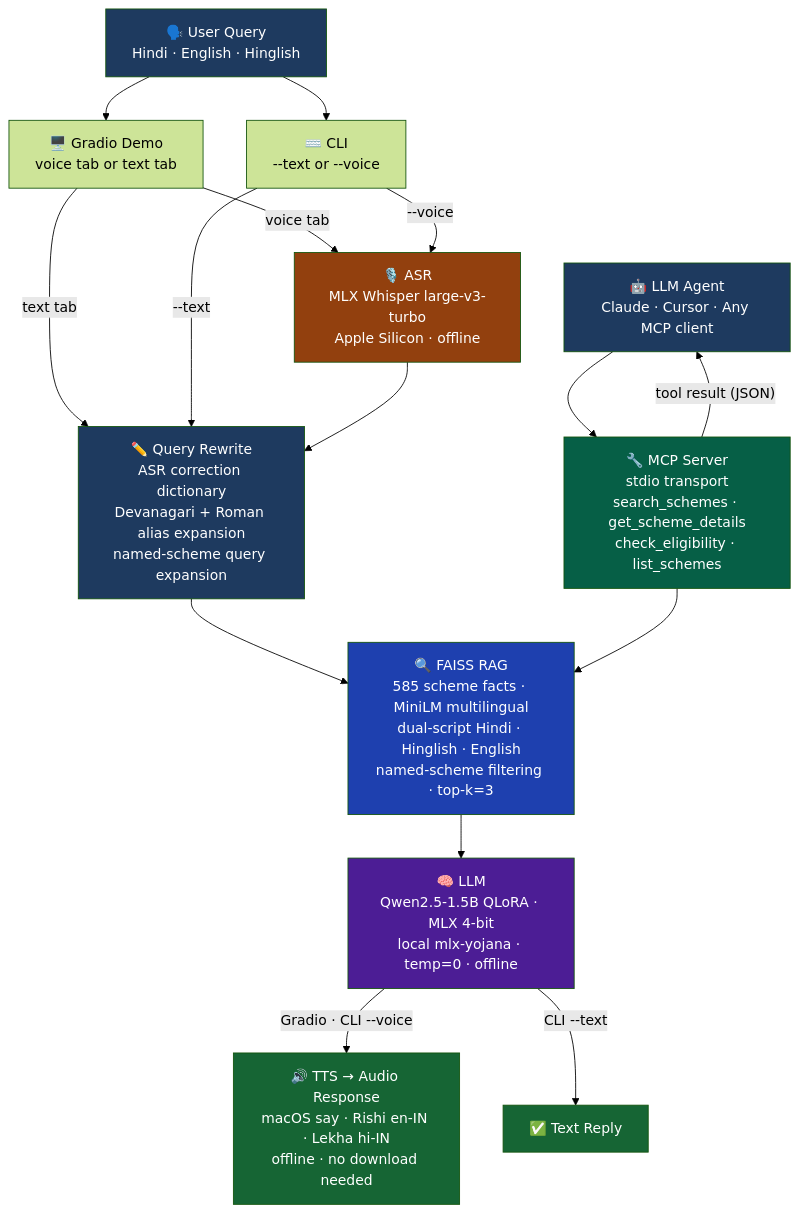
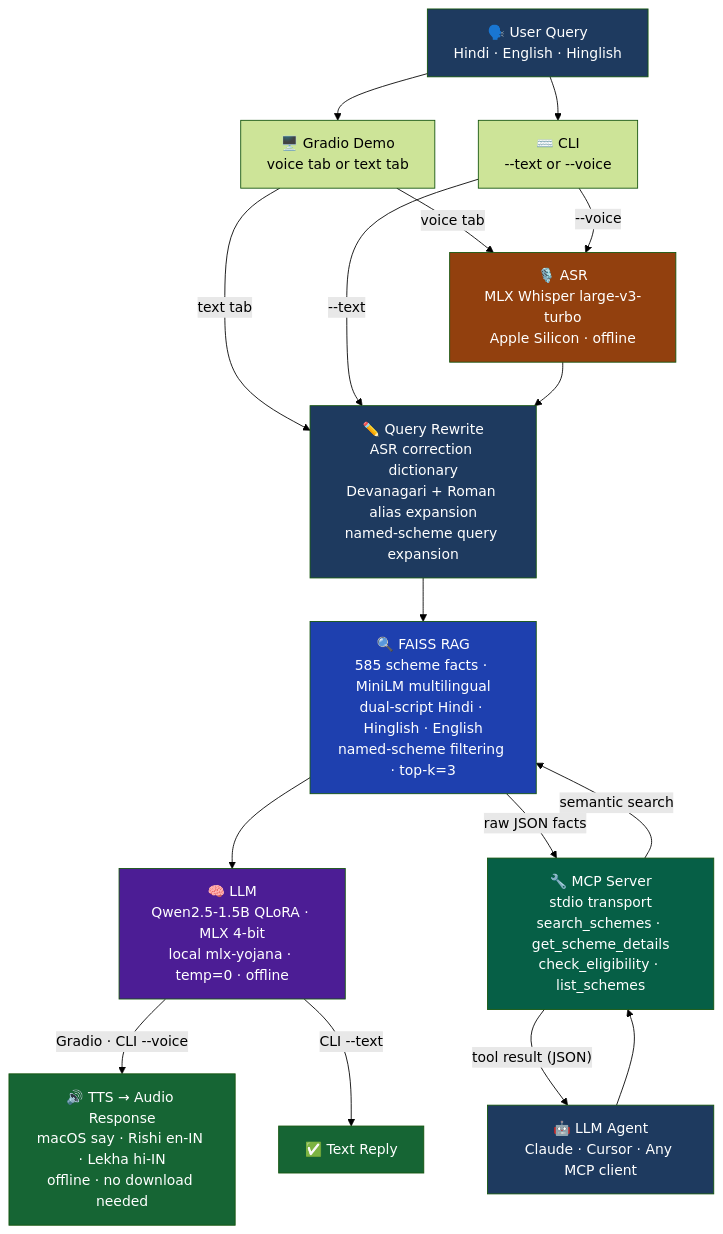
One commit to Subh24ai/yojana-sahayak-assistant changed the diagram in README.md. Above: the diagram before and after it, drawn with Mermaid (forest theme).

Commit message:
fix: correct MCP flow in Mermaid diagram — RAG only, no LLM
MCP tools call FAISS RAG and return raw JSON facts directly to the
agent. They never go through the local LLM. Diagram now shows:
  B4 → E (semantic search) → raw JSON facts → B4 → tool result → M
instead of implying B4 uses the same LLM path as the main pipeline.

````diff
--- a/README.md
+++ b/README.md
@@ -10,38 +10,39 @@
 ```mermaid
 flowchart TD
     A["🗣️ User Query\nHindi · English · Hinglish"] --> B1
     A --> B2
     M["🤖 LLM Agent\nClaude · Cursor · Any MCP client"] --> B4
 
     B1["🖥️ Gradio Demo\nvoice tab or text tab"]
     B2["⌨️ CLI\n--text or --voice"]
     B4["🔧 MCP Server\nstdio transport\nsearch_schemes · get_scheme_details\ncheck_eligibility · list_schemes"]
 
     B1 -->|"voice tab"| C["🎙️ ASR\nMLX Whisper large-v3-turbo\nApple Silicon · offline"]
     B2 -->|"--voice"| C
 
     B1 -->|"text tab"| D["✏️ Query Rewrite\nASR correction dictionary\nDevanagari + Roman alias expansion\nnamed-scheme query expansion"]
     B2 -->|"--text"| D
 
     C --> D
 
     D --> E["🔍 FAISS RAG\n585 scheme facts · MiniLM multilingual\ndual-script Hindi · Hinglish · English\nnamed-scheme filtering · top-k=3"]
-    B4 --> E
 
     E --> F["🧠 LLM\nQwen2.5-1.5B QLoRA · MLX 4-bit\nlocal mlx-yojana · temp=0 · offline"]
 
     F -->|"Gradio · CLI --voice"| G["🔊 TTS → Audio Response\nmacOS say · Rishi en-IN · Lekha hi-IN\noffline · no download needed"]
     F -->|"CLI --text"| H["✅ Text Reply"]
 
+    B4 -->|"semantic search"| E
+    E -->|"raw JSON facts"| B4
     B4 -->|"tool result (JSON)"| M
 
     style A fill:#1e3a5f,color:#fff
     style M fill:#1e3a5f,color:#fff
     style H fill:#166534,color:#fff
     style G fill:#166534,color:#fff
     style F fill:#4c1d95,color:#fff
     style E fill:#1e40af,color:#fff
     style C fill:#92400e,color:#fff
     style D fill:#1e3a5f,color:#fff
     style B4 fill:#065f46,color:#fff
 ```
````
